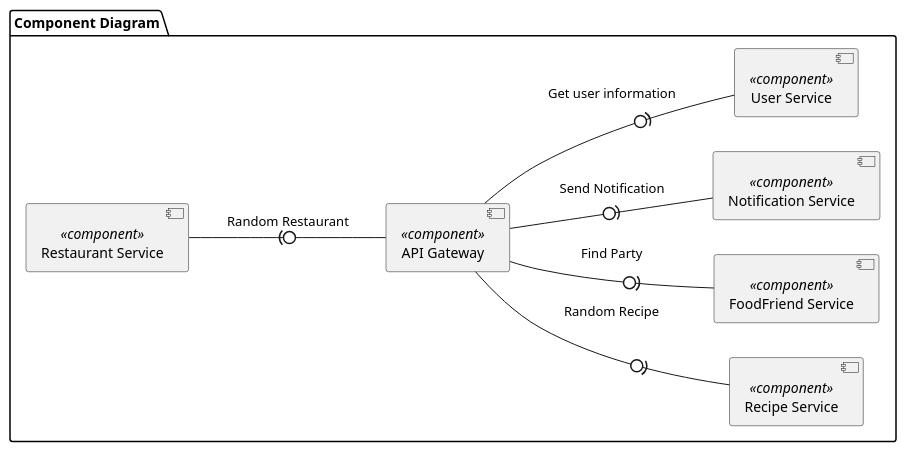
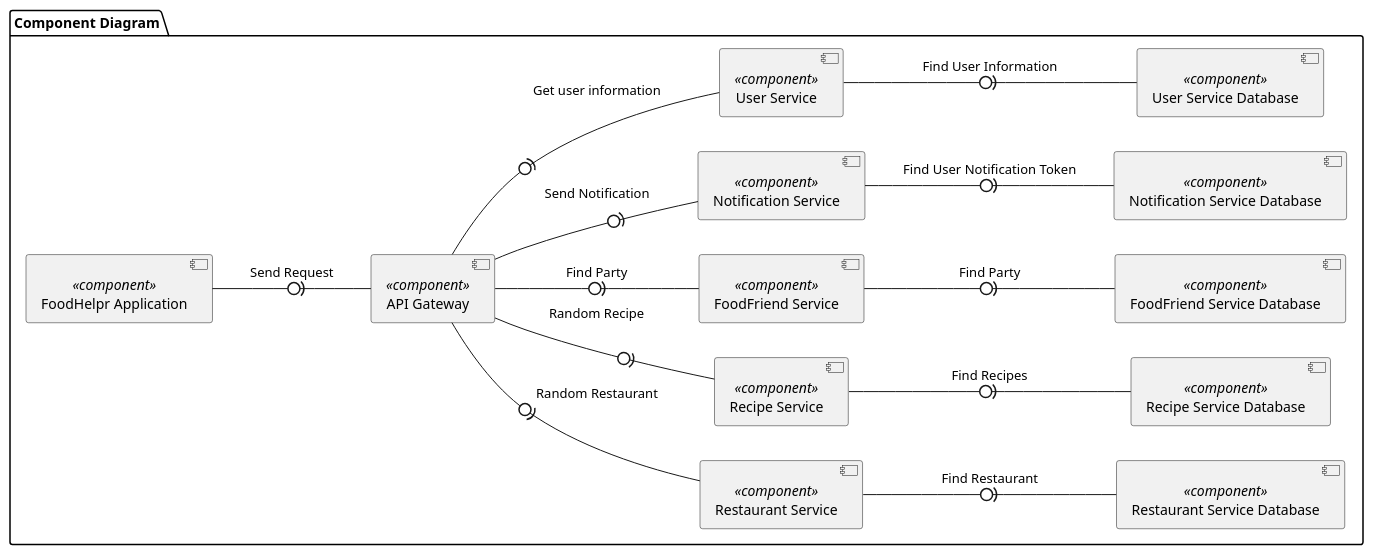
The diagram in Diagrams/componentDiagram/componentDiagram.plantuml (pakornyodkab/foodHelpr), drawn with PlantUML before and after one commit.

Commit message:
adjust component diagram

```diff
--- a/Diagrams/componentDiagram/componentDiagram.plantuml
+++ b/Diagrams/componentDiagram/componentDiagram.plantuml
@@ -1,20 +1,31 @@
 @startuml
 left to right direction
 
 package "Component Diagram" {
 component "API Gateway" << component >> as gateway 
 component "Restaurant Service" << component >> as restaurant
 component "Recipe Service" << component >> as recipe
 component "FoodFriend Service" << component >> as ff
 component "Notification Service" << component >> as noti
 component "User Service" << component >> as user
+component "FoodHelpr Application" << component >> as ui
+component "Restaurant Service Database" << component >> as restaurantDB
+component "Recipe Service Database" << component >> as recipeDB
+component "FoodFriend Service Database" << component >> as ffDB
+component "Notification Service Database" << component >> as notiDB
+component "User Service Database" << component >> as userDB
 }
 
-restaurant -(0- gateway : "Random Restaurant"
+ui -0)- gateway : "Send Request"
+gateway -0)- restaurant : "Random Restaurant"
 gateway -0)- recipe : "Random Recipe"
 gateway -0)- ff : "Find Party"
 gateway -0)- noti : "Send Notification"
 gateway -0)- user : "Get user information"
-
+restaurant -0)- restaurantDB: "Find Restaurant"
+recipe -0)- recipeDB: "Find Recipes"
+ff -0)- ffDB: "Find Party"
+noti -0)- notiDB: "Find User Notification Token"
+user -0)- userDB: "Find User Information"
 
 @enduml
```
